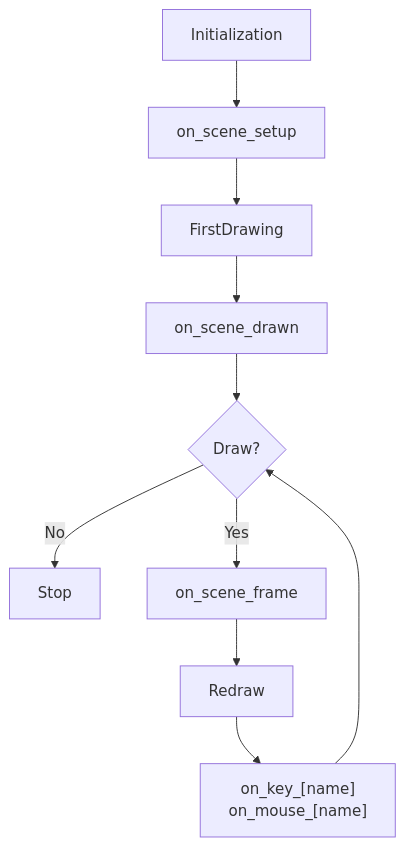
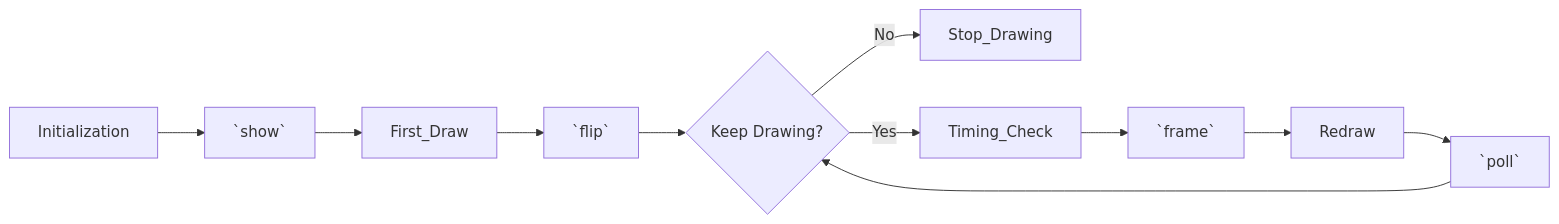
The diagram in README.md (bluebonesx/psychopy-scene), drawn with Mermaid before and after one commit. The commit also changed other lines of this file and 7 other files, not shown here.

````diff
--- a/README.md
+++ b/README.md
@@ -119,6 +137,6 @@
 ```mermaid
-graph TD
-Initialization --> on_scene_setup --> FirstDrawing --> on_scene_drawn --> c{Draw?}
-c -->|No| Stop
-c -->|Yes| on_scene_frame --> Redraw --> _["on_key_[name]<br>on_mouse_[name]"] --> c
+graph LR
+Initialization --> `show` --> First_Draw --> `flip` --> c{Keep Drawing?}
+c -->|No| Stop_Drawing
+c -->|Yes| Timing_Check --> `frame` --> Redraw --> `poll` --> c
 ```
````
